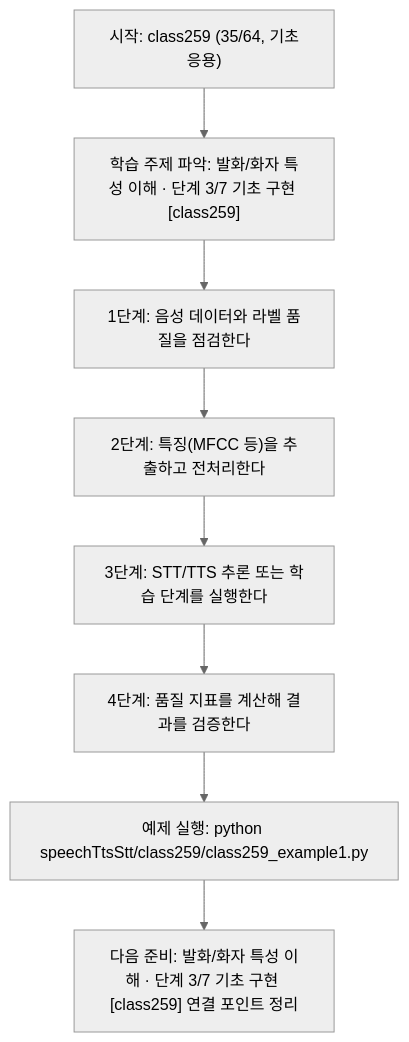
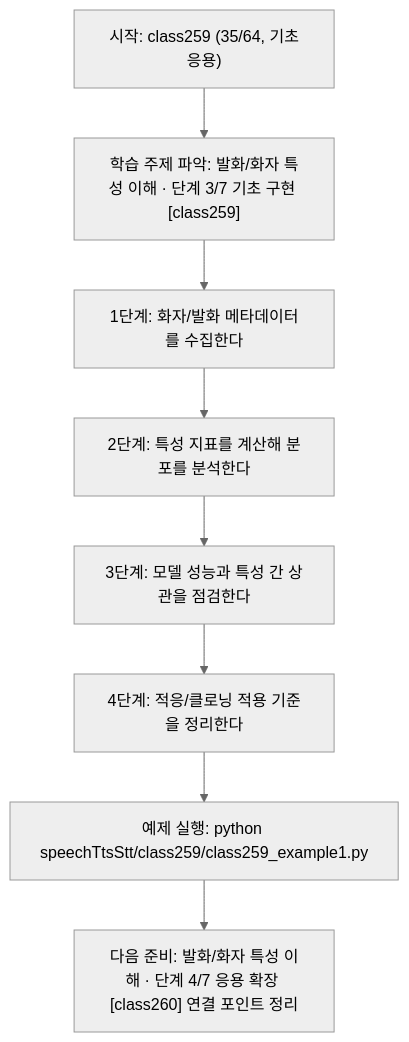
Before and after one commit to edumgt/Python-AI_Agent-Class: the diagram in speechTtsStt/class259/class259.md, drawn with Mermaid (neutral theme). The commit also changed other lines of this file and 1122 other files, not shown here.

````diff
--- a/speechTtsStt/class259/class259.md
+++ b/speechTtsStt/class259/class259.md
@@ -115,18 +95,18 @@
 ```mermaid
 flowchart TD
 N1["시작: class259 (35/64, 기초응용)"]
 N2["학습 주제 파악: 발화/화자 특성 이해 · 단계 3/7 기초 구현 [class259]"]
-N3["1단계: 음성 데이터와 라벨 품질을 점검한다"]
-N4["2단계: 특징(MFCC 등)을 추출하고 전처리한다"]
-N5["3단계: STT/TTS 추론 또는 학습 단계를 실행한다"]
-N6["4단계: 품질 지표를 계산해 결과를 검증한다"]
+N3["1단계: 화자/발화 메타데이터를 수집한다"]
+N4["2단계: 특성 지표를 계산해 분포를 분석한다"]
+N5["3단계: 모델 성능과 특성 간 상관을 점검한다"]
+N6["4단계: 적응/클로닝 적용 기준을 정리한다"]
 N7["예제 실행: python speechTtsStt/class259/class259_example1.py"]
-N8["다음 준비: 발화/화자 특성 이해 · 단계 3/7 기초 구현 [class259] 연결 포인트 정리"]
+N8["다음 준비: 발화/화자 특성 이해 · 단계 4/7 응용 확장 [class260] 연결 포인트 정리"]
 N1 --> N2
 N2 --> N3
 N3 --> N4
 N4 --> N5
 N5 --> N6
 N6 --> N7
 N7 --> N8
 ```
````
